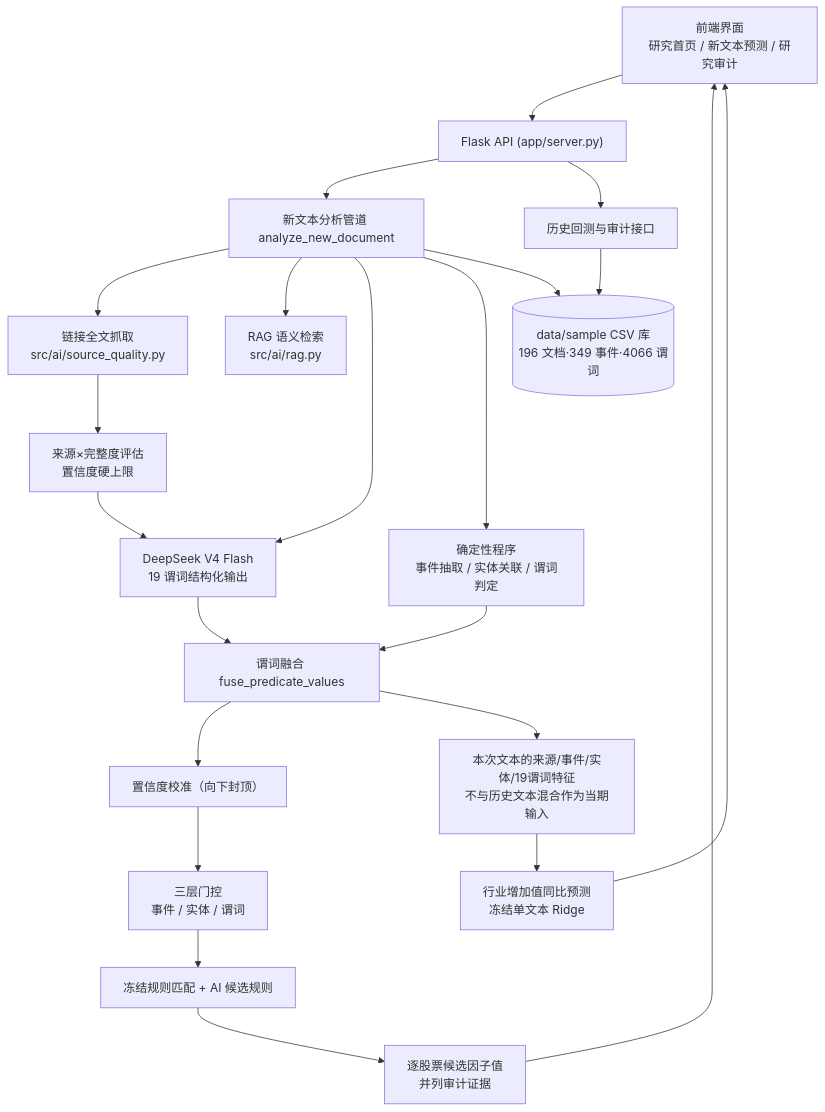
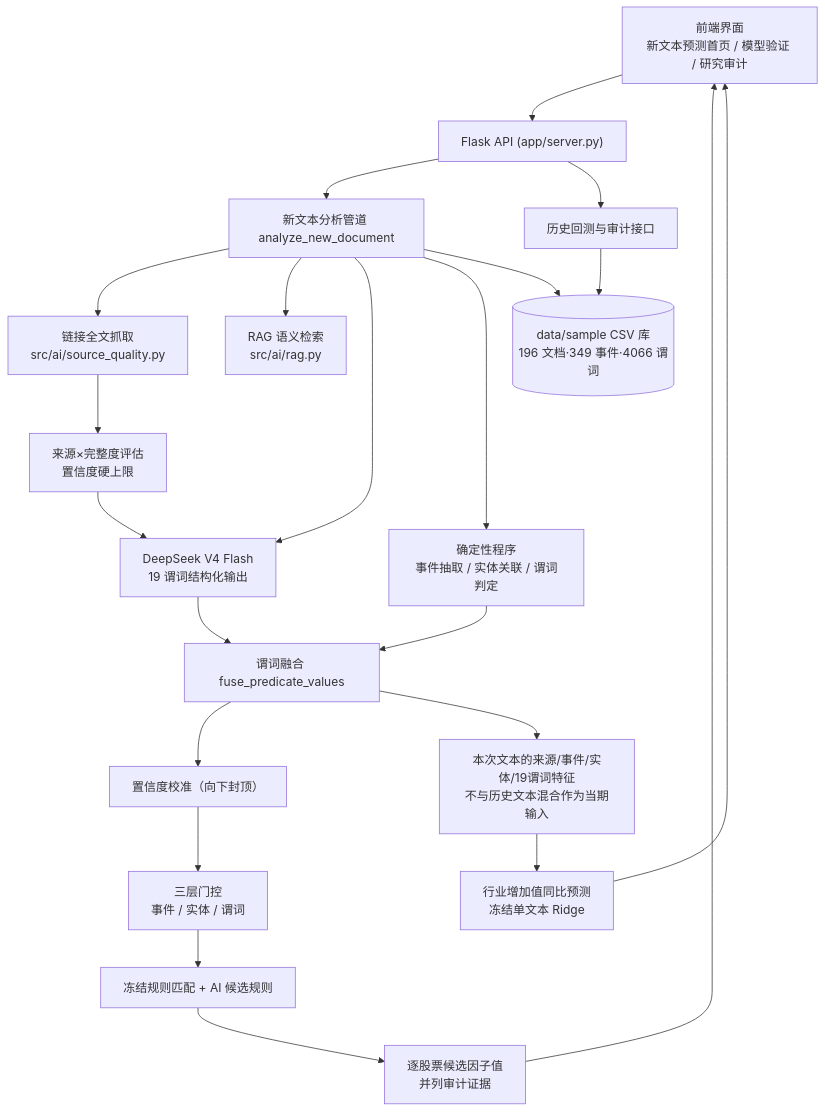
One commit to chiiiiiiing/Gonghangbei changed the diagram in README.md. Above: the diagram before and after it, drawn with Mermaid. The commit also changed other lines of this file and 10 other files, not shown here.

````diff
--- a/README.md
+++ b/README.md
@@ -66,27 +66,27 @@
 ```mermaid
 flowchart TD
-    UI["前端界面<br/>研究首页 / 新文本预测 / 研究审计"] --> API["Flask API (app/server.py)"]
+    UI["前端界面<br/>新文本预测首页 / 模型验证 / 研究审计"] --> API["Flask API (app/server.py)"]
     API --> LIVE["新文本分析管道 analyze_new_document"]
     API --> HIST["历史回测与审计接口"]
 
     LIVE --> FETCH["链接全文抓取<br/>src/ai/source_quality.py"]
     LIVE --> RAG["RAG 语义检索<br/>src/ai/rag.py"]
     LIVE --> AI["DeepSeek V4 Flash<br/>19 谓词结构化输出"]
     LIVE --> DET["确定性程序<br/>事件抽取 / 实体关联 / 谓词判定"]
 
     FETCH --> QUALITY["来源×完整度评估<br/>置信度硬上限"]
     QUALITY --> AI
     AI --> FUSE["谓词融合 fuse_predicate_values"]
     DET --> FUSE
     FUSE --> CAL["置信度校准（向下封顶）"]
     CAL --> GATE["三层门控<br/>事件 / 实体 / 谓词"]
     GATE --> RULE["冻结规则匹配 + AI 候选规则"]
     RULE --> FACTOR["逐股票候选因子值<br/>并列审计证据"]
     FUSE --> SINGLE["本次文本的来源/事件/实体/19谓词特征<br/>不与历史文本混合作为当期输入"]
     SINGLE --> PREDICT["行业增加值同比预测<br/>冻结单文本 Ridge"]
 
     LIVE --> CSV[("data/sample CSV 库<br/>196 文档·349 事件·4066 谓词")]
     HIST --> CSV
     FACTOR --> UI
     PREDICT --> UI
 ```
````
